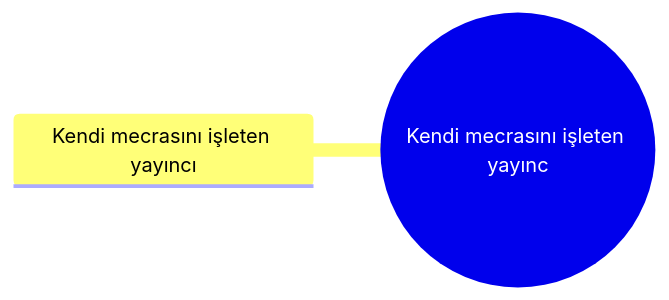
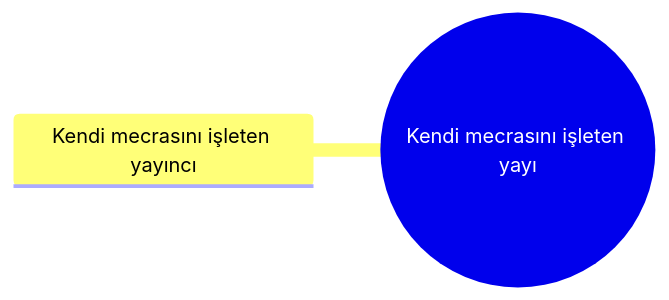
The diagram in 02 İşletmeler/15 Teknoloji Medya & Ajans/Kendi mecrasını işleten yayıncı/Dal – Kendi mecrasını işleten yayıncı.md (sametkarabulut-dev/xfuturepos-v2), drawn with Mermaid before and after one commit. The commit also changed other lines of this file and 241 other files, not shown here.

````diff
--- a/02 İşletmeler/15 Teknoloji Medya & Ajans/Kendi mecrasını işleten yayıncı/Dal – Kendi mecrasını işleten yayıncı.md
+++ b/02 İşletmeler/15 Teknoloji Medya & Ajans/Kendi mecrasını işleten yayıncı/Dal – Kendi mecrasını işleten yayıncı.md
@@ -22,5 +22,5 @@
 ```mermaid
 mindmap
-  root((Kendi mecrasını işleten yayınc))
+  root((Kendi mecrasını işleten yayı))
     Kendi mecrasını işleten yayıncı
 ```
````
